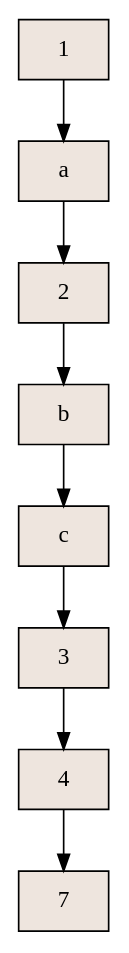
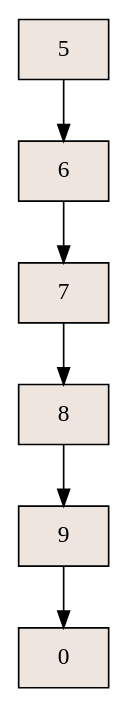
Before and after one commit to erickcontreras12/ProyectoFinal_PrograAvanzada2017: the diagram in aux_graficoSimple.dot, drawn with Graphviz. The commit also changed 5 other files, not shown here.

```diff
--- a/aux_graficoSimple.dot
+++ b/aux_graficoSimple.dot
@@ -1,19 +1,15 @@
 digraph grafica{
 rankdir=TB;
 node [shape = record, style=filled, fillcolor=seashell2];
-nodo1 [ label ="1"];
-nodoa [ label ="a"];
-nodo2 [ label ="2"];
-nodob [ label ="b"];
-nodoc [ label ="c"];
-nodo3 [ label ="3"];
-nodo4 [ label ="4"];
+nodo5 [ label ="5"];
+nodo6 [ label ="6"];
 nodo7 [ label ="7"];
-nodo4->nodo7
-nodo3->nodo4
-nodoc->nodo3
-nodob->nodoc
-nodo2->nodob
-nodoa->nodo2
-nodo1->nodoa
+nodo8 [ label ="8"];
+nodo9 [ label ="9"];
+nodo0 [ label ="0"];
+nodo9->nodo0
+nodo8->nodo9
+nodo7->nodo8
+nodo6->nodo7
+nodo5->nodo6
 }
```
